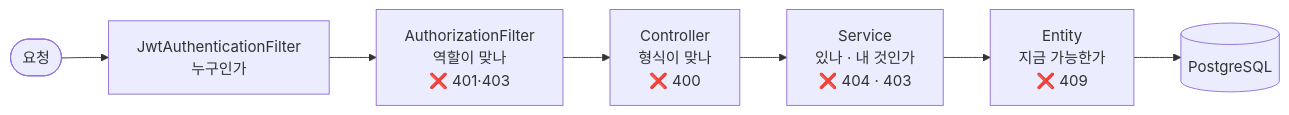
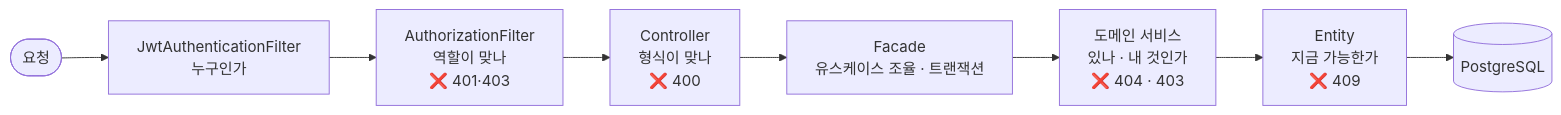
Before and after one commit to dd-jiny/delivery-order-backend: the first of 6 diagrams in docs/design/05-sequence-diagram.md, drawn with Mermaid. The commit also changed other lines of this file and 39 other files, not shown here.

````diff
--- a/docs/design/05-sequence-diagram.md
+++ b/docs/design/05-sequence-diagram.md
@@ -47,9 +50,10 @@
 ```mermaid
 flowchart LR
     REQ([요청]) --> F["JwtAuthenticationFilter<br>누구인가"]
     F --> AZ["AuthorizationFilter<br>역할이 맞나<br>❌ 401·403"]
     AZ --> C["Controller<br>형식이 맞나<br>❌ 400"]
-    C --> S["Service<br>있나 · 내 것인가<br>❌ 404 · 403"]
+    C --> FA["Facade<br>유스케이스 조율 · 트랜잭션"]
+    FA --> S["도메인 서비스<br>있나 · 내 것인가<br>❌ 404 · 403"]
     S --> E["Entity<br>지금 가능한가<br>❌ 409"]
     E --> DB[(PostgreSQL)]
 ```
````
